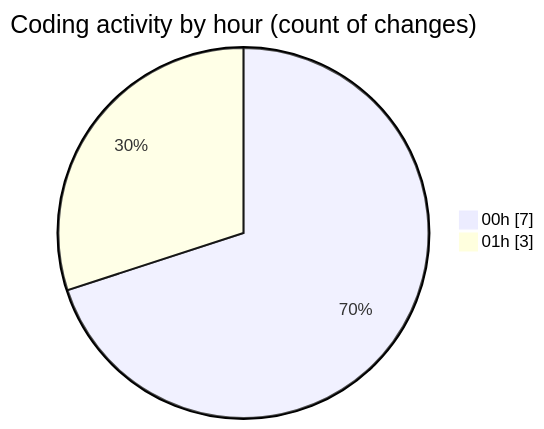
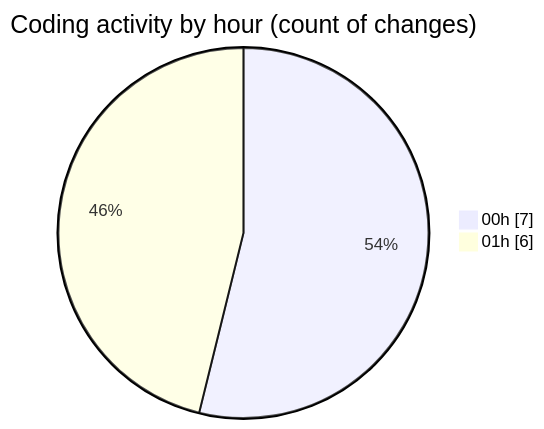
One commit to EIIisD/code-tracking changed the second of 2 diagrams in 2025-08-06/tw-server/README.md. Above: the diagram before and after it, drawn with Mermaid. The commit also changed other lines of this file and 1 other file, not shown here.

````diff
--- a/2025-08-06/tw-server/README.md
+++ b/2025-08-06/tw-server/README.md
@@ -31,6 +31,6 @@
 ```mermaid
 pie showData
 title Coding activity by hour (count of changes)
 "00h" : 7
-"01h" : 3
+"01h" : 6
 ```
````
